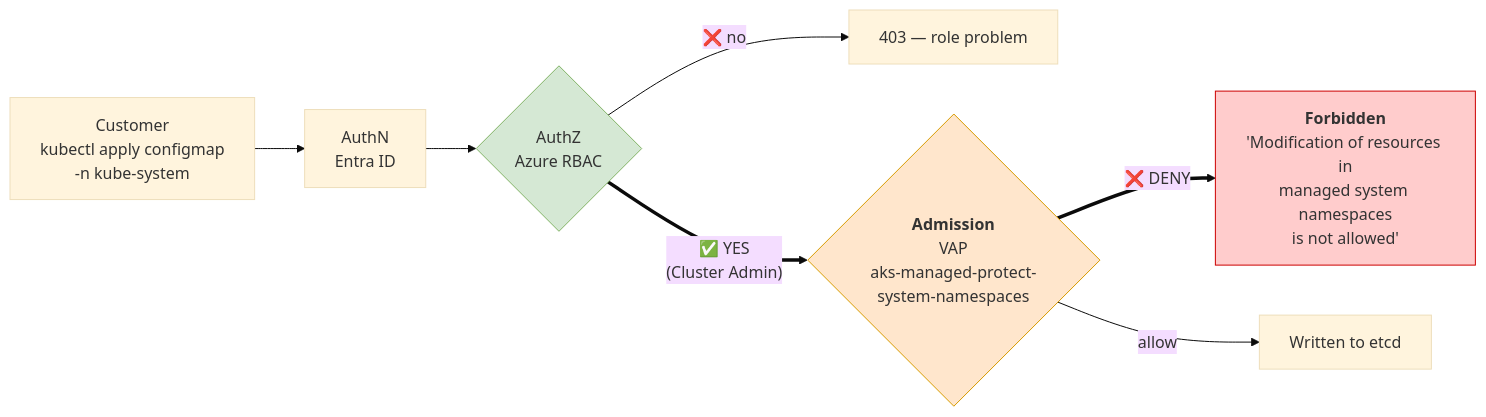
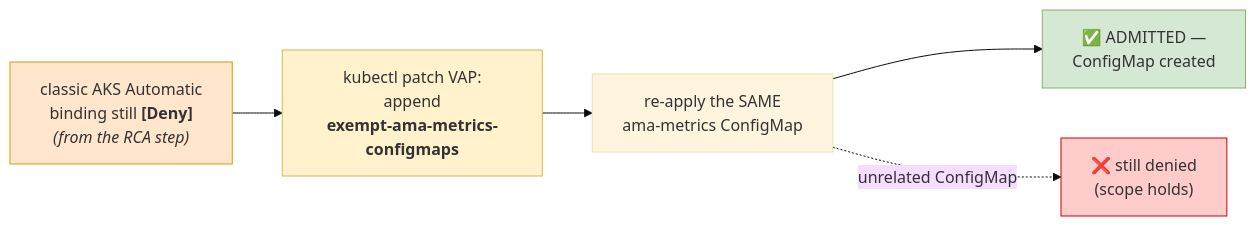
Before and after one commit to Azure/prometheus-collector: the seventh of 11 diagrams in custom-ns/doc/automatic-investigation/aks-vap-demo-diagrams.md, drawn with Mermaid (base theme). The commit also changed other lines of this file, not shown here.

First line of the commit message:
docs(custom-ns): restructure VAP demo diagrams for a cold audience

````diff
--- a/custom-ns/doc/automatic-investigation/aks-vap-demo-diagrams.md
+++ b/custom-ns/doc/automatic-investigation/aks-vap-demo-diagrams.md
@@ -133,13 +184,12 @@
 ```mermaid
 flowchart LR
-    U["Customer<br/>kubectl apply configmap<br/>-n kube-system"] --> N["AuthN<br/>Entra ID"]
-    N --> Z{"AuthZ<br/>Azure RBAC"}
-    Z -->|"❌ no"| RJ["403 — role problem"]
-    Z ==>|"✅ YES<br/>(Cluster Admin)"| ADM{"<b>Admission</b><br/>VAP<br/>aks-managed-protect-<br/>system-namespaces"}
-    ADM ==>|"❌ DENY"| MSG["<b>Forbidden</b><br/>'Modification of resources in<br/>managed system namespaces<br/>is not allowed'"]
-    ADM -->|allow| OK["Written to etcd"]
+    D["classic AKS Automatic<br/>binding still <b>[Deny]</b><br/><i>(from the RCA step)</i>"] --> P["kubectl patch VAP:<br/>append<br/><b>exempt-ama-metrics-configmaps</b>"]
+    P --> R["re-apply the SAME<br/>ama-metrics ConfigMap"]
+    R --> OK["✅ ADMITTED —<br/>ConfigMap created"]
+    R -.->|"unrelated ConfigMap"| NO["❌ still denied<br/>(scope holds)"]
 
-    style Z fill:#d5e8d4,stroke:#82b366
-    style ADM fill:#ffe6cc,stroke:#d79b00
-    style MSG fill:#ffcccc,stroke:#c00
+    style D fill:#ffe6cc,stroke:#d79b00
+    style P fill:#fff2cc,stroke:#d6b656
+    style OK fill:#d5e8d4,stroke:#82b366
+    style NO fill:#ffcccc,stroke:#c00
 ```
````
